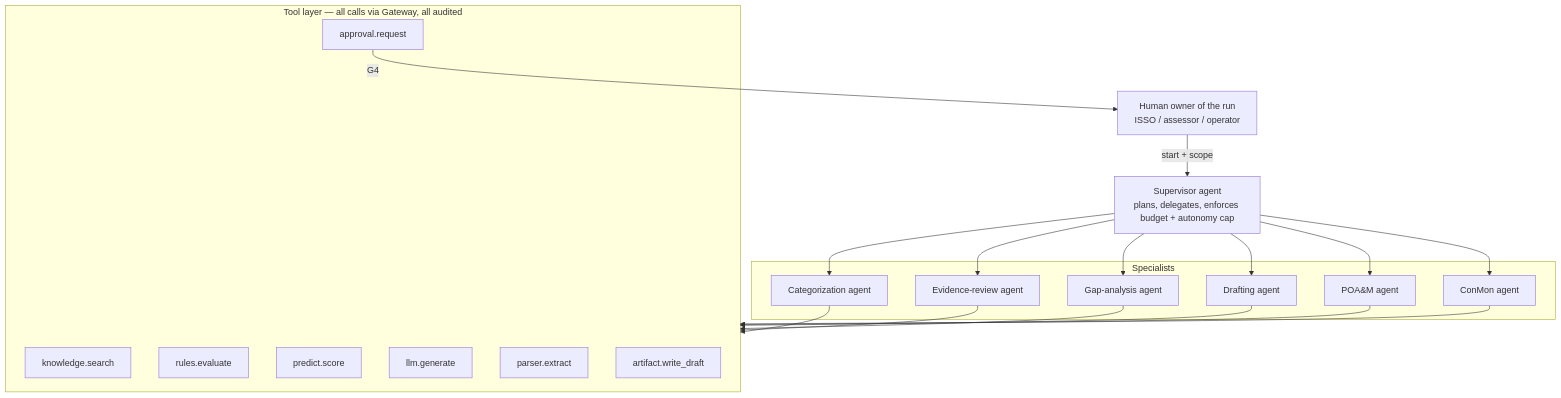
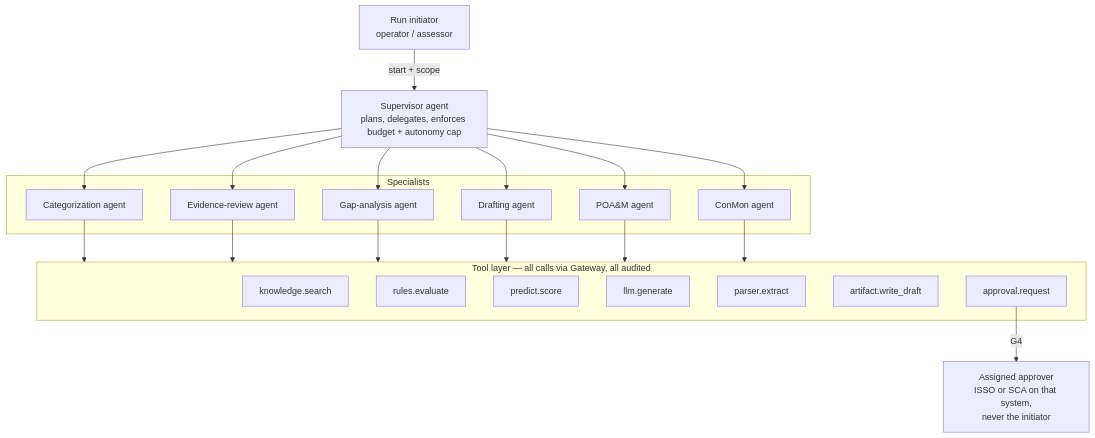
One commit to Bjay0727-jay/forge-closedml changed the diagram in docs/blueprint/03-agents-and-governance.md. Above: the diagram before and after it, drawn with Mermaid. The commit also changed other lines of this file and 4 other files, not shown here.

````diff
--- a/docs/blueprint/03-agents-and-governance.md
+++ b/docs/blueprint/03-agents-and-governance.md
@@ -11,26 +11,27 @@
 ```mermaid
 flowchart TB
-  H[Human owner of the run<br/>ISSO / assessor / operator]
+  H[Run initiator<br/>operator / assessor]
+  AP[Assigned approver<br/>ISSO or SCA on that system,<br/>never the initiator]
   S[Supervisor agent<br/>plans, delegates, enforces budget + autonomy cap]
   subgraph Specialists
     CAT[Categorization agent]
     EV[Evidence-review agent]
     GAP[Gap-analysis agent]
     DR[Drafting agent]
     PO["POA&M agent"]
     CM[ConMon agent]
   end
   subgraph Tools[Tool layer — all calls via Gateway, all audited]
     RAG[knowledge.search]
     RUL[rules.evaluate]
     PRD[predict.score]
     GEN[llm.generate]
     PAR[parser.extract]
     ART[artifact.write_draft]
     REQ[approval.request]
   end
   H -->|start + scope| S
   S --> CAT & EV & GAP & DR & PO & CM
   CAT & EV & GAP & DR & PO & CM --> Tools
-  REQ -->|G4| H
+  REQ -->|G4| AP
 ```
````
